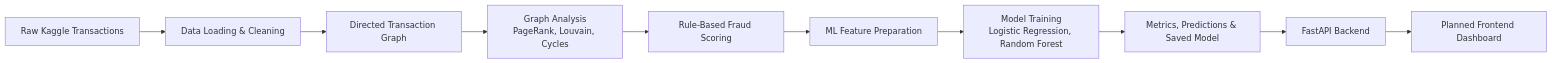
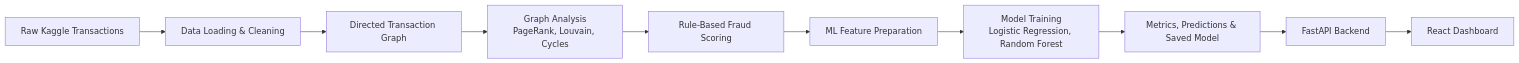
Before and after one commit to ashmit-rana/FinGraph: the diagram in README.md, drawn with Mermaid. The commit also changed other lines of this file and 14 other files, not shown here.

````diff
--- a/README.md
+++ b/README.md
@@ -82,12 +82,12 @@
 ```mermaid
 flowchart LR
     A["Raw Kaggle Transactions"] --> B["Data Loading & Cleaning"]
     B --> C["Directed Transaction Graph"]
     C --> D["Graph Analysis<br/>PageRank, Louvain, Cycles"]
     D --> E["Rule-Based Fraud Scoring"]
     E --> F["ML Feature Preparation"]
     F --> G["Model Training<br/>Logistic Regression, Random Forest"]
     G --> H["Metrics, Predictions & Saved Model"]
     H --> I["FastAPI Backend"]
-    I --> J["Planned Frontend Dashboard"]
+    I --> J["React Dashboard"]
 ```
````
